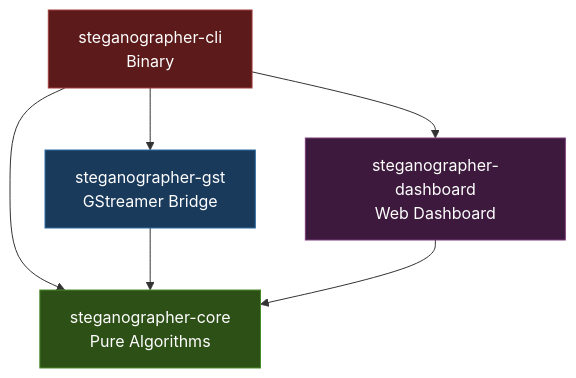
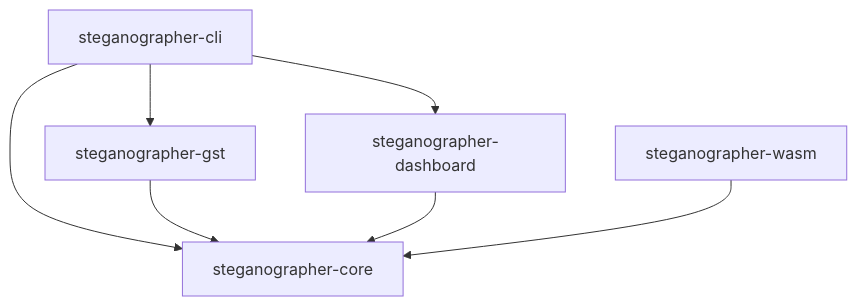
The first of 2 diagrams in docs/architecture.md (docxology/steganographer), drawn with Mermaid before and after one commit. The commit also changed other lines of this file and 160 other files, not shown here.

````diff
--- a/docs/architecture.md
+++ b/docs/architecture.md
@@ -79,18 +7,9 @@
 ```mermaid
-graph TD
-    CLI["steganographer-cli<br/>Binary"]
-    GST["steganographer-gst<br/>GStreamer Bridge"]
-    DASH["steganographer-dashboard<br/>Web Dashboard"]
-    CORE["steganographer-core<br/>Pure Algorithms"]
-    
-    CLI --> GST
-    CLI --> DASH
-    CLI --> CORE
+flowchart TD
+    CLI[steganographer-cli] --> GST[steganographer-gst]
+    CLI --> DASH[steganographer-dashboard]
+    CLI --> CORE[steganographer-core]
     GST --> CORE
     DASH --> CORE
-    
-    style CORE fill:#2d5016,stroke:#4a8c2a,color:#fff
-    style GST fill:#1a3a5c,stroke:#2d6da3,color:#fff
-    style DASH fill:#3d1a3d,stroke:#7a3c7a,color:#fff
-    style CLI fill:#5c1a1a,stroke:#a33c3c,color:#fff
+    WASM[steganographer-wasm] --> CORE
 ```
````
